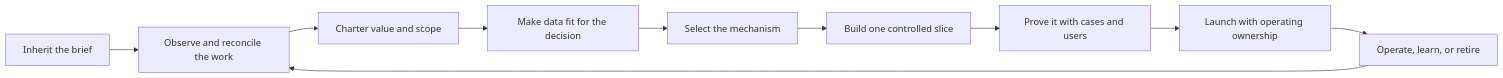
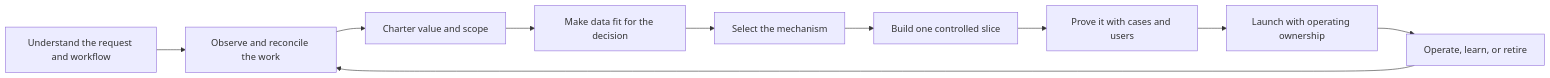
The diagram in plugins/applied-ai-field-guide/guide/guide/README.md (davidahmann/applied-ai-field-guide), drawn with Mermaid before and after one commit. The commit also changed other lines of this file and 91 other files, not shown here.

````diff
--- a/plugins/applied-ai-field-guide/guide/guide/README.md
+++ b/plugins/applied-ai-field-guide/guide/guide/README.md
@@ -32,12 +32,12 @@
 ```mermaid
 flowchart LR
-    A["Inherit the brief"] --> B["Observe and reconcile the work"]
+    A["Understand the request and workflow"] --> B["Observe and reconcile the work"]
     B --> C["Charter value and scope"]
     C --> D["Make data fit for the decision"]
     D --> E["Select the mechanism"]
     E --> F["Build one controlled slice"]
     F --> G["Prove it with cases and users"]
     G --> H["Launch with operating ownership"]
     H --> I["Operate, learn, or retire"]
     I --> B
 ```
````
